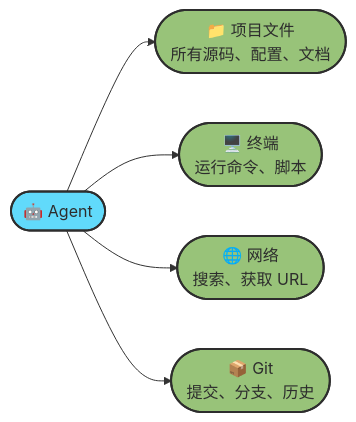
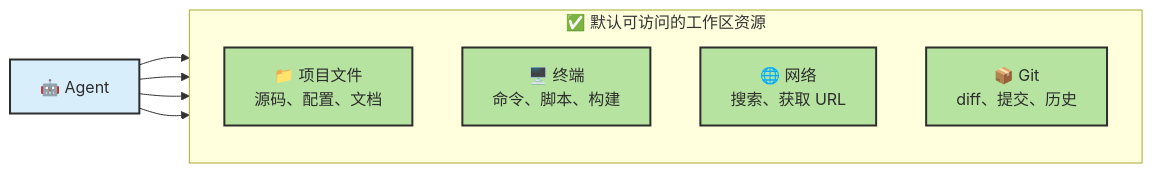
One commit to zht043/AgenticCodingTutorial changed the second of 7 diagrams in docs/chapters/ch05-agent-mechanics.md. Above: the diagram before and after it, drawn with Mermaid. The commit also changed other lines of this file and 69 other files, not shown here.

Commit message:
optimize docs and add mermaid validation

````diff
--- a/docs/chapters/ch05-agent-mechanics.md
+++ b/docs/chapters/ch05-agent-mechanics.md
@@ -80,14 +92,20 @@
 ```mermaid
 flowchart LR
-    classDef agent fill:#61dafb,stroke:#2d2d2d,stroke-width:2px,color:#2d2d2d
-    classDef access fill:#98c379,stroke:#2d2d2d,stroke-width:2px,color:#2d2d2d
+    classDef core fill:#d8eefb,stroke:#2d2d2d,stroke-width:2px,color:#2d2d2d
+    classDef access fill:#b7e3a1,stroke:#2d2d2d,stroke-width:2px,color:#2d2d2d
 
-    A(["🤖 Agent"]):::agent
+    A["🤖 Agent"]:::core
 
-    F(["📁 项目文件<br/>所有源码、配置、文档"]):::access
-    T(["🖥️ 终端<br/>运行命令、脚本"]):::access
-    N(["🌐 网络<br/>搜索、获取 URL"]):::access
-    G(["📦 Git<br/>提交、分支、历史"]):::access
+    subgraph Reach["✅ 默认可访问的工作区资源"]
+        direction TB
+        F["📁 项目文件<br/>源码、配置、文档"]:::access
+        T["🖥️ 终端<br/>命令、脚本、构建"]:::access
+        N["🌐 网络<br/>搜索、获取 URL"]:::access
+        G["📦 Git<br/>diff、提交、历史"]:::access
+    end
 
-    A --> F & T & N & G
+    A --> F
+    A --> T
+    A --> N
+    A --> G
 ```
````
